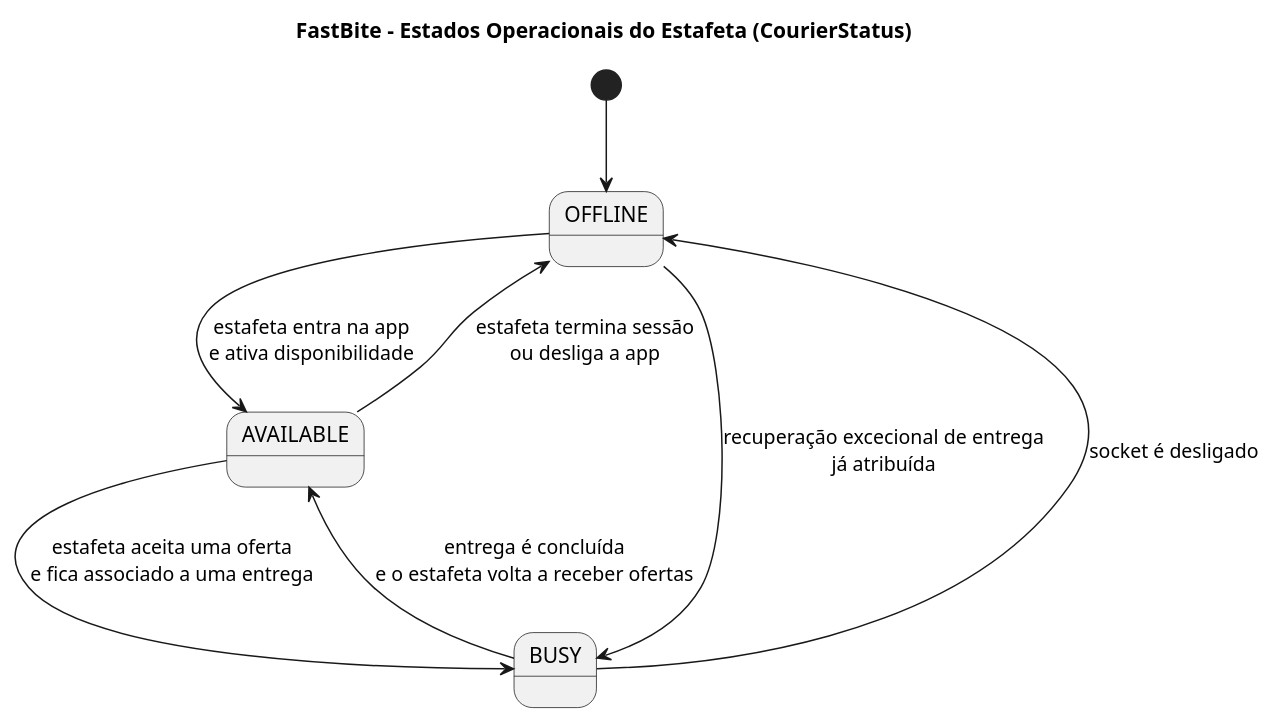
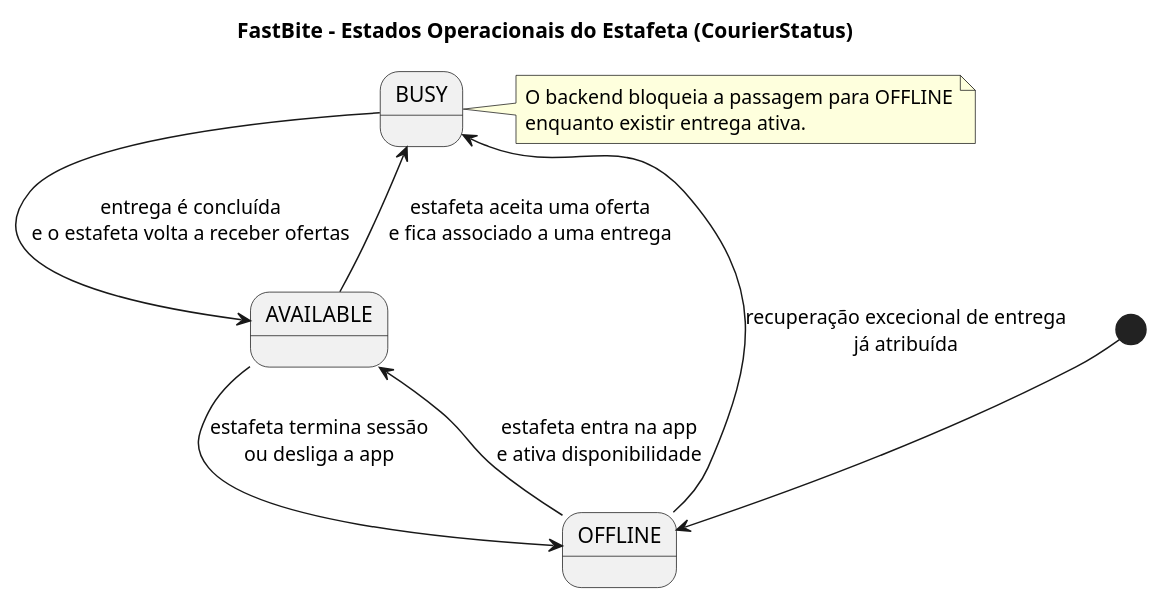
The diagram in Documentacao/docs novas/04e_estado_estafeta.puml (DuarteMSousa/FastBite), drawn with PlantUML before and after one commit. The commit also changed 5 other files, not shown here.

First line of the commit message:
Remove notification method; update diagrams

```diff
--- a/Documentacao/docs novas/04e_estado_estafeta.puml
+++ b/Documentacao/docs novas/04e_estado_estafeta.puml
@@ -1,17 +1,19 @@
 @startuml FastBite_State_Courier
 title FastBite - Estados Operacionais do Estafeta (CourierStatus)
 
 skinparam shadowing false
 
 [*] --> OFFLINE
 
 OFFLINE --> AVAILABLE : estafeta entra na app\ne ativa disponibilidade
 AVAILABLE --> BUSY : estafeta aceita uma oferta\ne fica associado a uma entrega
 BUSY --> AVAILABLE : entrega é concluída\ne o estafeta volta a receber ofertas
 AVAILABLE --> OFFLINE : estafeta termina sessão\nou desliga a app
-BUSY --> OFFLINE : socket é desligado
 OFFLINE --> BUSY : recuperação excecional de entrega\njá atribuída
 
-
+note right of BUSY
+  O backend bloqueia a passagem para OFFLINE
+  enquanto existir entrega ativa.
+end note
 
 @enduml
```
